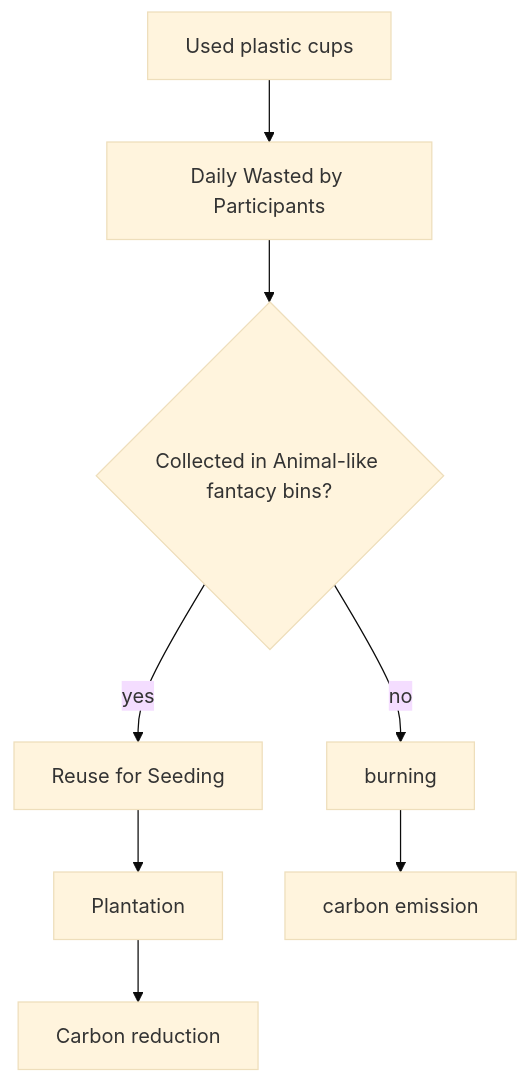
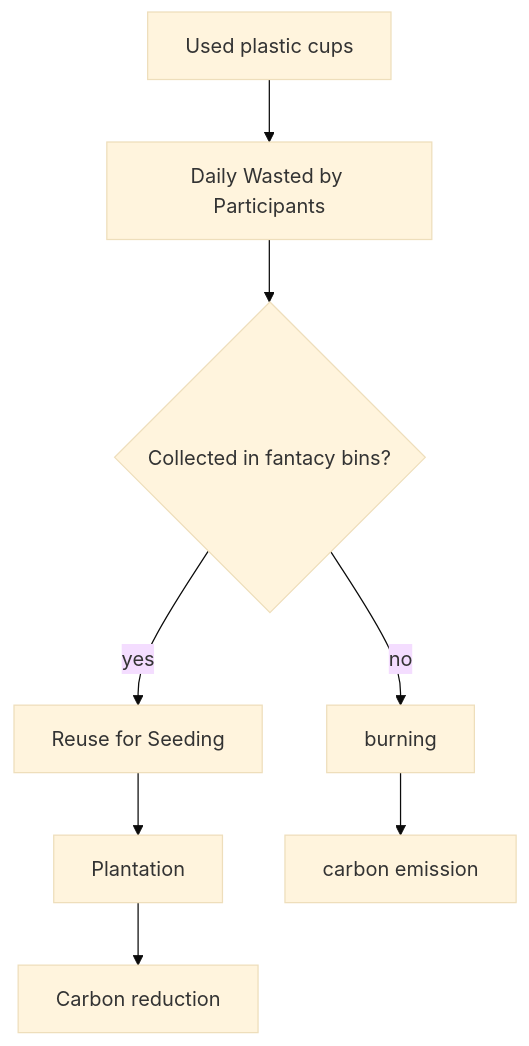
The diagram in README.md (Kietpawpan/esc), drawn with Mermaid (base theme) before and after one commit.

````diff
--- a/README.md
+++ b/README.md
@@ -9,10 +9,10 @@
 ```mermaid
 flowchart TD
     A[Used plastic cups] -->C[Daily Wasted by Participants]
-    C -->D{Collected in Animal-like fantacy bins?}
+    C -->D{Collected in fantacy bins?}
     D-->|yes| E[Reuse for Seeding]
     E -->F[Plantation]
     F-->G[Carbon reduction]
     D-->|no| H[burning]
     H-->I[carbon emission]
 ```
````
